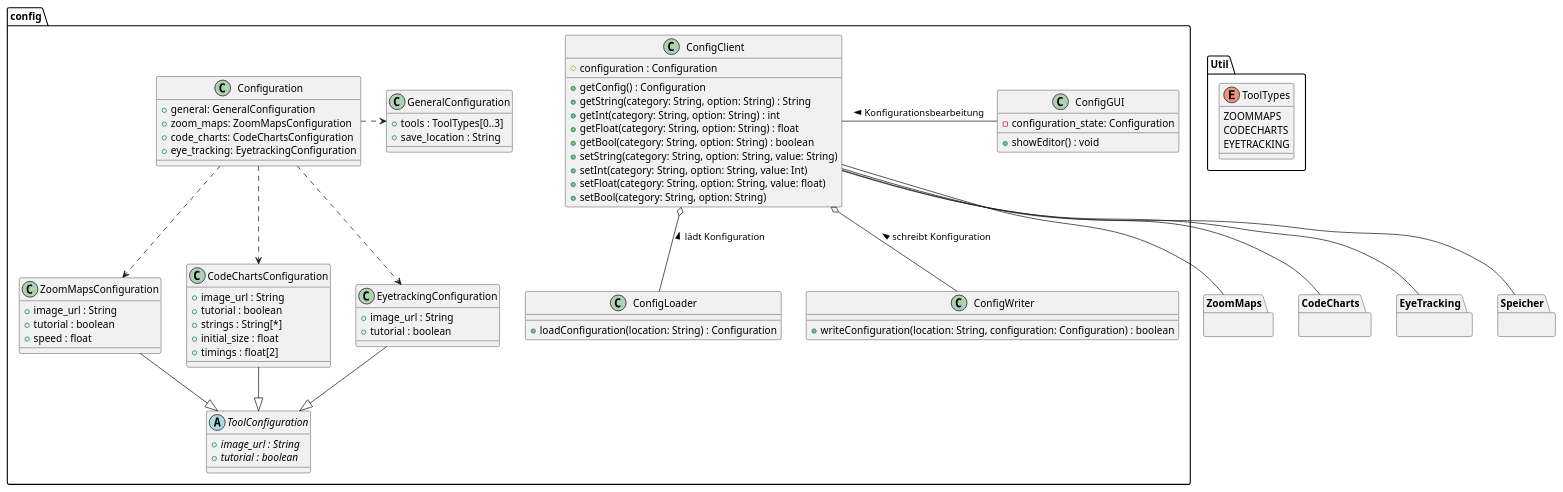
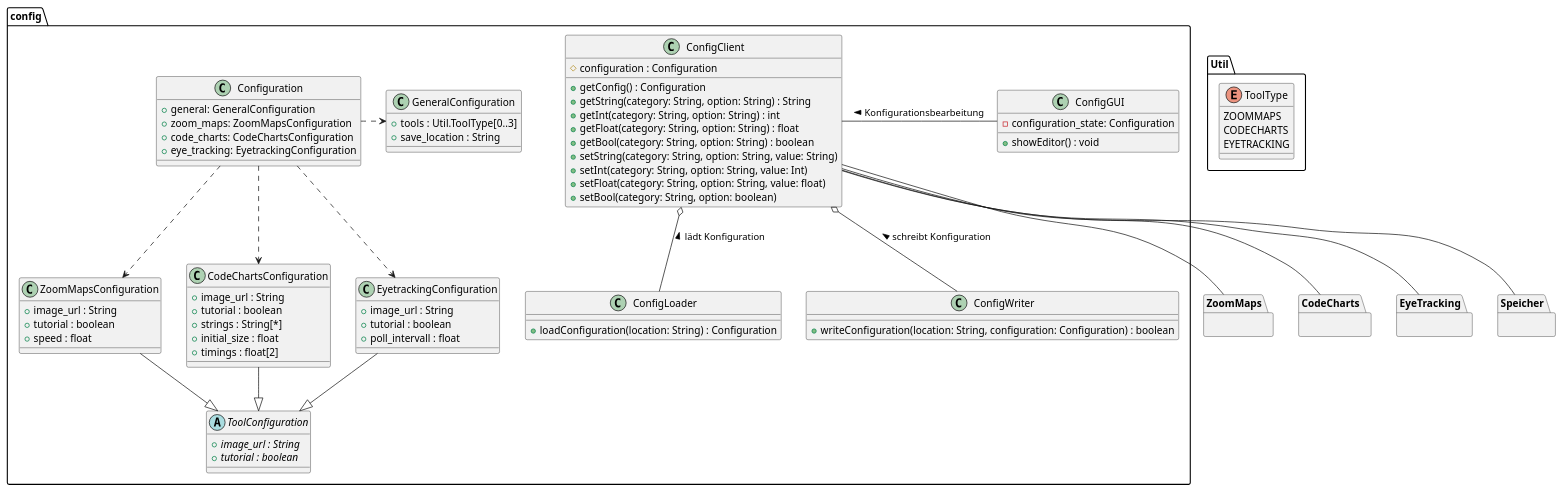
One commit to weichware10/meilensteine changed the diagram in meilenstein_03/uml-config/config.puml. Above: the diagram before and after it, drawn with PlantUML.

Commit message:
kleine Anpassungen

```diff
--- a/meilenstein_03/uml-config/config.puml
+++ b/meilenstein_03/uml-config/config.puml
@@ -1,98 +1,99 @@
 @startuml config
 
 package Util {
-  enum ToolTypes {
+  enum ToolType {
   ZOOMMAPS
   CODECHARTS
   EYETRACKING
   }
 }
 
 
 package ZoomMaps {}
 package CodeCharts {}
 package EyeTracking {}
 package Speicher {}
 
 package config {
   class ConfigClient {
     # configuration : Configuration
     + getConfig() : Configuration
     + getString(category: String, option: String) : String
     + getInt(category: String, option: String) : int
     + getFloat(category: String, option: String) : float
     + getBool(category: String, option: String) : boolean
     + setString(category: String, option: String, value: String)
     + setInt(category: String, option: String, value: Int)
     + setFloat(category: String, option: String, value: float)
-    + setBool(category: String, option: String)
+    + setBool(category: String, option: boolean)
   }
 
   class ConfigLoader {
     + loadConfiguration(location: String) : Configuration
   }
 
   class ConfigWriter {
     + writeConfiguration(location: String, configuration: Configuration) : boolean
   }
 
   class ConfigGUI {
     - configuration_state: Configuration
     + showEditor() : void
   }
 
   class Configuration {
     + general: GeneralConfiguration
     + zoom_maps: ZoomMapsConfiguration
     + code_charts: CodeChartsConfiguration
     + eye_tracking: EyetrackingConfiguration
   }
   class GeneralConfiguration {
-    + tools : ToolTypes[0..3]
+    + tools : Util.ToolType[0..3]
     + save_location : String
   }
   class ZoomMapsConfiguration {
     + image_url : String
     + tutorial : boolean
     + speed : float
   }
   class CodeChartsConfiguration {
     + image_url : String
     + tutorial : boolean
     + strings : String[*]
     + initial_size : float
     + timings : float[2]
   }
   class EyetrackingConfiguration {
     + image_url : String
     + tutorial : boolean
+    + poll_intervall : float
   }
   abstract ToolConfiguration {
     + {abstract} image_url : String
     + {abstract} tutorial : boolean
   }
 
   ' ConfigClient ..> Configuration
 
   ConfigClient o-- ConfigLoader : < lädt Konfiguration
   ' ConfigLoader ..> Configuration
 
   ConfigClient o-- ConfigWriter : < schreibt Konfiguration
   ' ConfigWriter ..> Configuration
 
   ConfigClient -r- ConfigGUI : < Konfigurationsbearbeitung
 
   Configuration .r.> GeneralConfiguration
   Configuration ..> ZoomMapsConfiguration
   Configuration ..> CodeChartsConfiguration
   Configuration ..> EyetrackingConfiguration
 
   ZoomMapsConfiguration --|> ToolConfiguration
   CodeChartsConfiguration --|> ToolConfiguration
   EyetrackingConfiguration --|> ToolConfiguration
 }
 ConfigClient -- ZoomMaps
 ConfigClient -- CodeCharts
 ConfigClient -- EyeTracking
 ConfigClient -- Speicher
 @enduml
```
